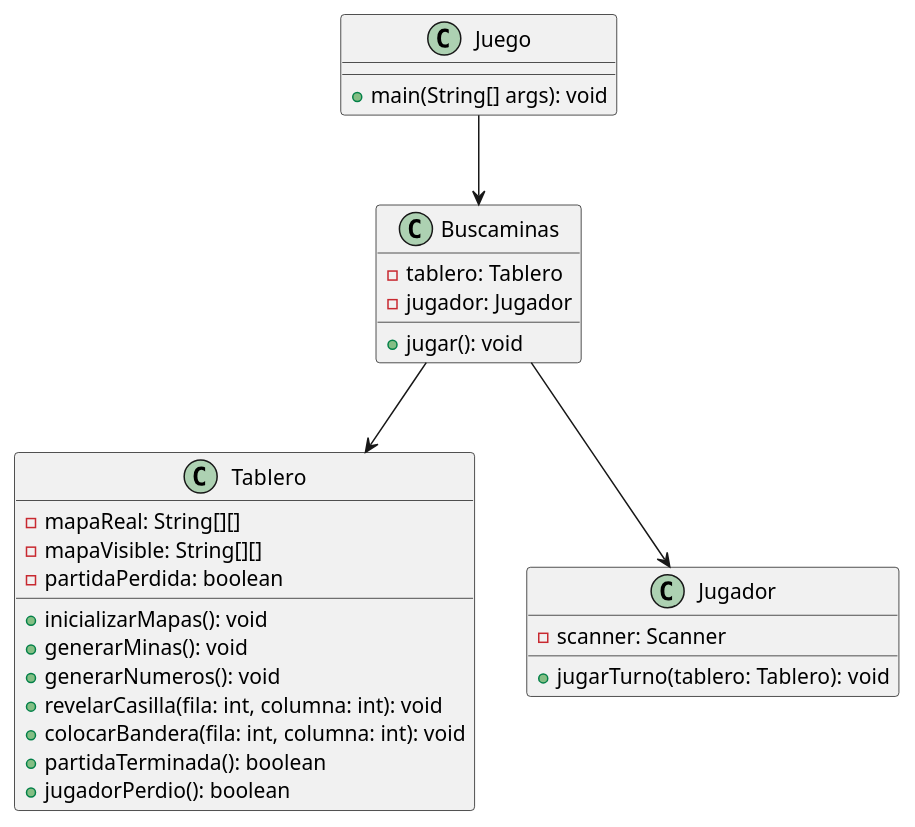
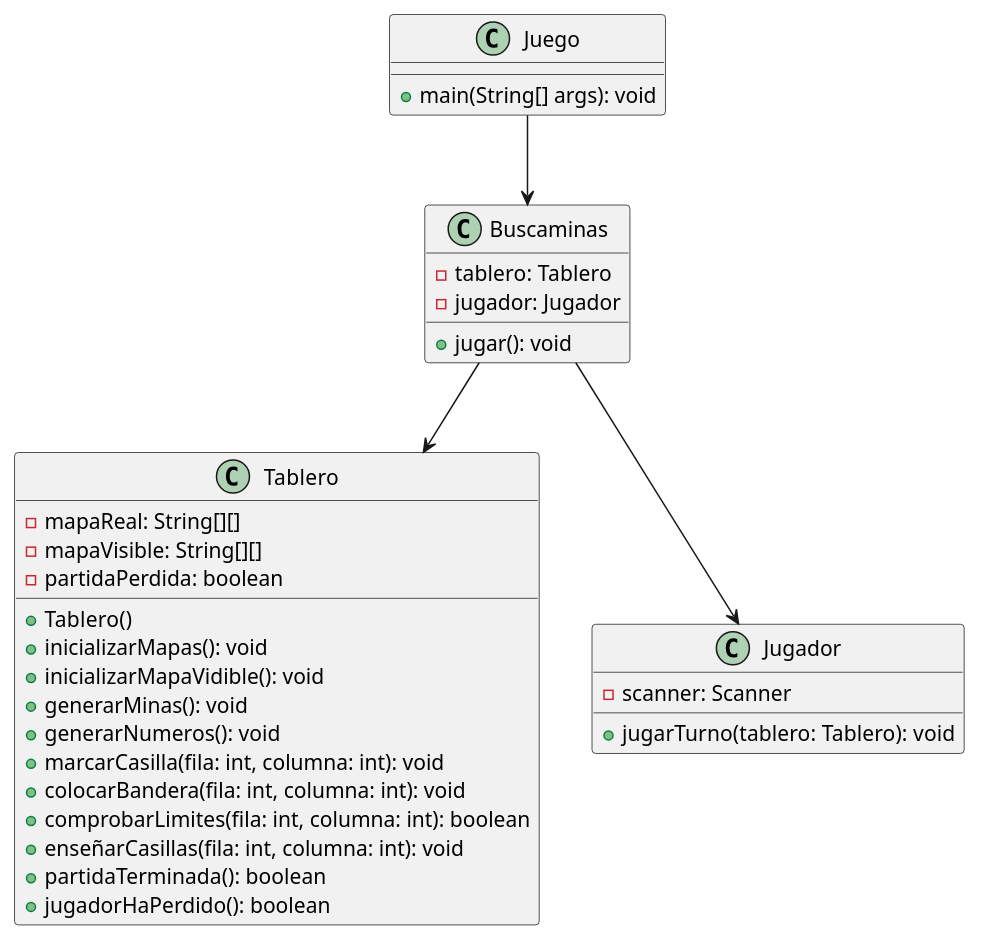
One commit to mmasias/buscaminas changed the diagram in uml/Buscaminas.puml. Above: the diagram before and after it, drawn with PlantUML. The commit also changed 4 other files, not shown here.

```diff
--- a/uml/Buscaminas.puml
+++ b/uml/Buscaminas.puml
@@ -1,36 +1,40 @@
 @startuml
 
 class Juego{
     +  main(String[] args): void
 
 }
 
 class Buscaminas {
   - tablero: Tablero
   - jugador: Jugador
   + jugar(): void
 }
 
 class Tablero {
   - mapaReal: String[][]
   - mapaVisible: String[][]
   - partidaPerdida: boolean
+  + Tablero()
   + inicializarMapas(): void
+  + inicializarMapaVidible(): void
   + generarMinas(): void
   + generarNumeros(): void
-  + revelarCasilla(fila: int, columna: int): void
+  + marcarCasilla(fila: int, columna: int): void
   + colocarBandera(fila: int, columna: int): void
+  + comprobarLimites(fila: int, columna: int): boolean
+  + enseñarCasillas(fila: int, columna: int): void
   + partidaTerminada(): boolean
-  + jugadorPerdio(): boolean
+  + jugadorHaPerdido(): boolean
 }
 
 class Jugador {
   - scanner: Scanner
   + jugarTurno(tablero: Tablero): void
 }
 
 Buscaminas  -->  Tablero 
 Buscaminas  -->  Jugador 
 Juego --> Buscaminas
 
 @enduml
```
